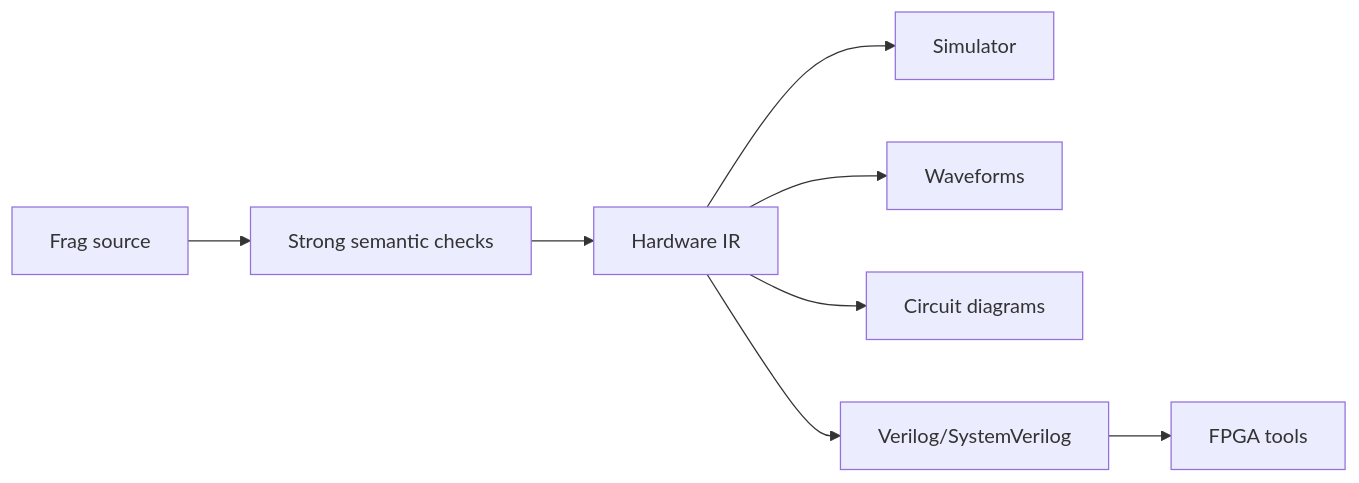
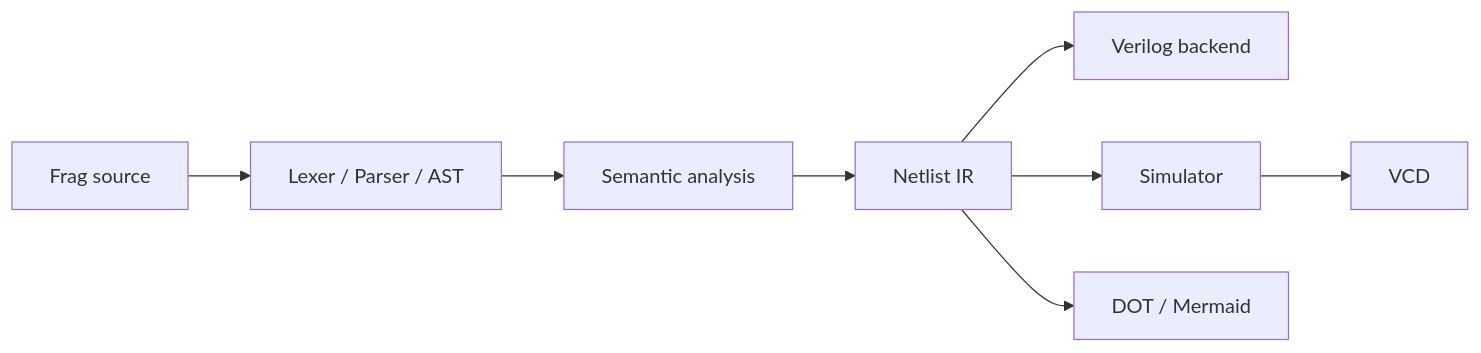
The diagram in docs/FUTURE_SCOPE.md (Afnanksalal/frag), drawn with Mermaid before and after one commit. The commit also changed other lines of this file and 21 other files, not shown here.

````diff
--- a/docs/FUTURE_SCOPE.md
+++ b/docs/FUTURE_SCOPE.md
@@ -17,10 +23,10 @@
 ```mermaid
 flowchart LR
-    Frag["Frag source"] --> Check["Strong semantic checks"]
-    Check --> IR["Hardware IR"]
+    Source["Frag source"] --> Frontend["Lexer / Parser / AST"]
+    Frontend --> Checks["Semantic analysis"]
+    Checks --> IR["Netlist IR"]
+    IR --> Verilog["Verilog backend"]
     IR --> Sim["Simulator"]
-    IR --> VCD["Waveforms"]
-    IR --> Viz["Circuit diagrams"]
-    IR --> Verilog["Verilog/SystemVerilog"]
-    Verilog --> FPGA["FPGA tools"]
+    IR --> Graph["DOT / Mermaid"]
+    Sim --> VCD["VCD"]
 ```
````
